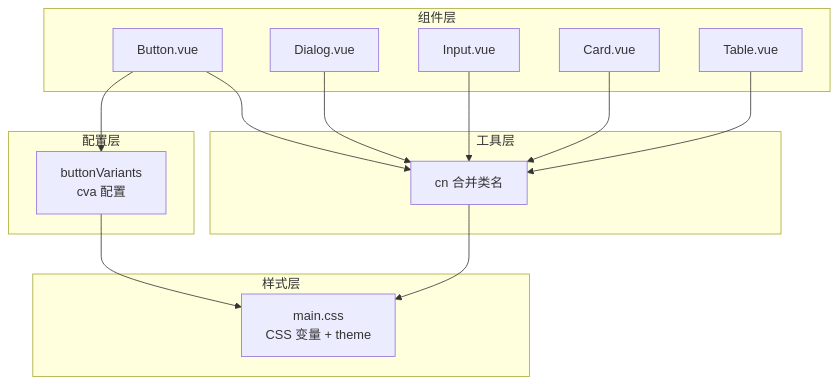
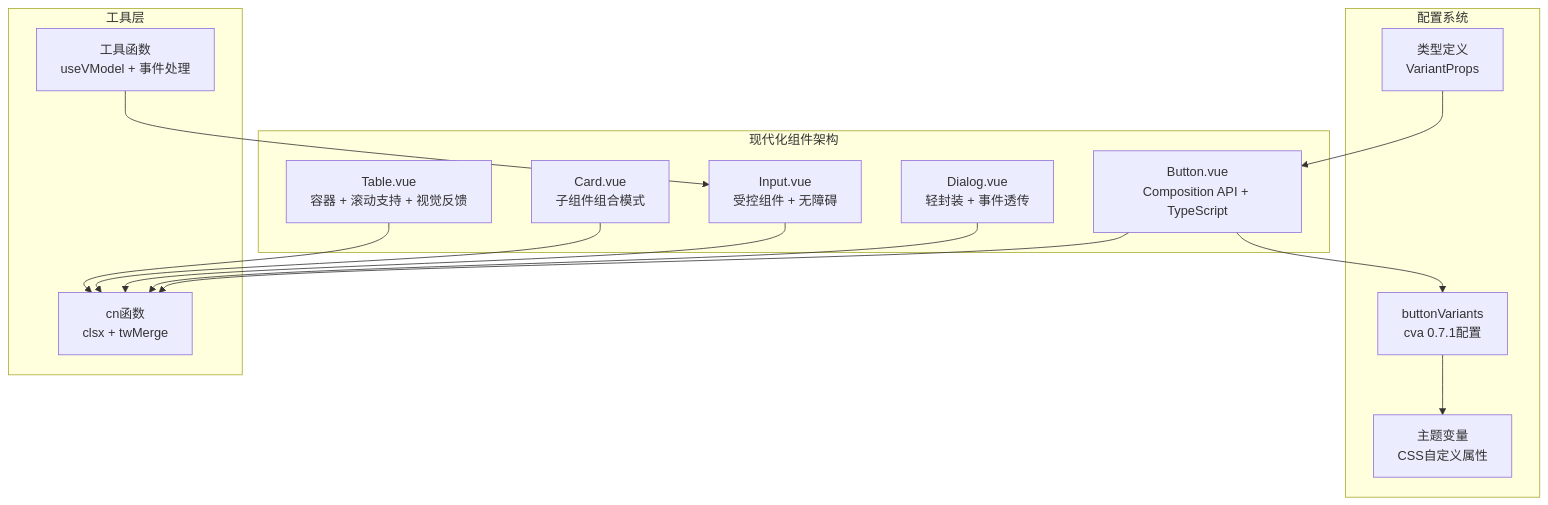
One commit to hipig/autoOps changed the second of 3 diagrams in .qoder/repowiki/zh/content/前端应用/UI组件库/UI组件库.md. Above: the diagram before and after it, drawn with Mermaid. The commit also changed other lines of this file and 37 other files, not shown here.

````diff
--- a/.qoder/repowiki/zh/content/前端应用/UI组件库/UI组件库.md
+++ b/.qoder/repowiki/zh/content/前端应用/UI组件库/UI组件库.md
@@ -90,27 +131,28 @@
 ```mermaid
 graph TB
-subgraph "组件层"
-Btn["Button.vue"]
-Dlg["Dialog.vue"]
-Inp["Input.vue"]
-Crd["Card.vue"]
-Tbl["Table.vue"]
+subgraph "现代化组件架构"
+Btn["Button.vue<br/>Composition API + TypeScript"]
+Dlg["Dialog.vue<br/>轻封装 + 事件透传"]
+Inp["Input.vue<br/>受控组件 + 无障碍"]
+Crd["Card.vue<br/>子组件组合模式"]
+Tbl["Table.vue<br/>容器 + 滚动支持 + 视觉反馈"]
 end
-subgraph "配置层"
-BtnCfg["buttonVariants<br/>cva 配置"]
+subgraph "配置系统"
+BtnCfg["buttonVariants<br/>cva 0.7.1配置"]
+Theme["主题变量<br/>CSS自定义属性"]
+Types["类型定义<br/>VariantProps"]
 end
 subgraph "工具层"
-CN["cn 合并类名"]
-end
-subgraph "样式层"
-CSS["main.css<br/>CSS 变量 + theme"]
+CN["cn函数<br/>clsx + twMerge"]
+Utils["工具函数<br/>useVModel + 事件处理"]
 end
 Btn --> BtnCfg
 Btn --> CN
 Dlg --> CN
 Inp --> CN
 Crd --> CN
 Tbl --> CN
-BtnCfg --> CSS
-CN --> CSS
+BtnCfg --> Theme
+Types --> Btn
+Utils --> Inp
 ```
````
